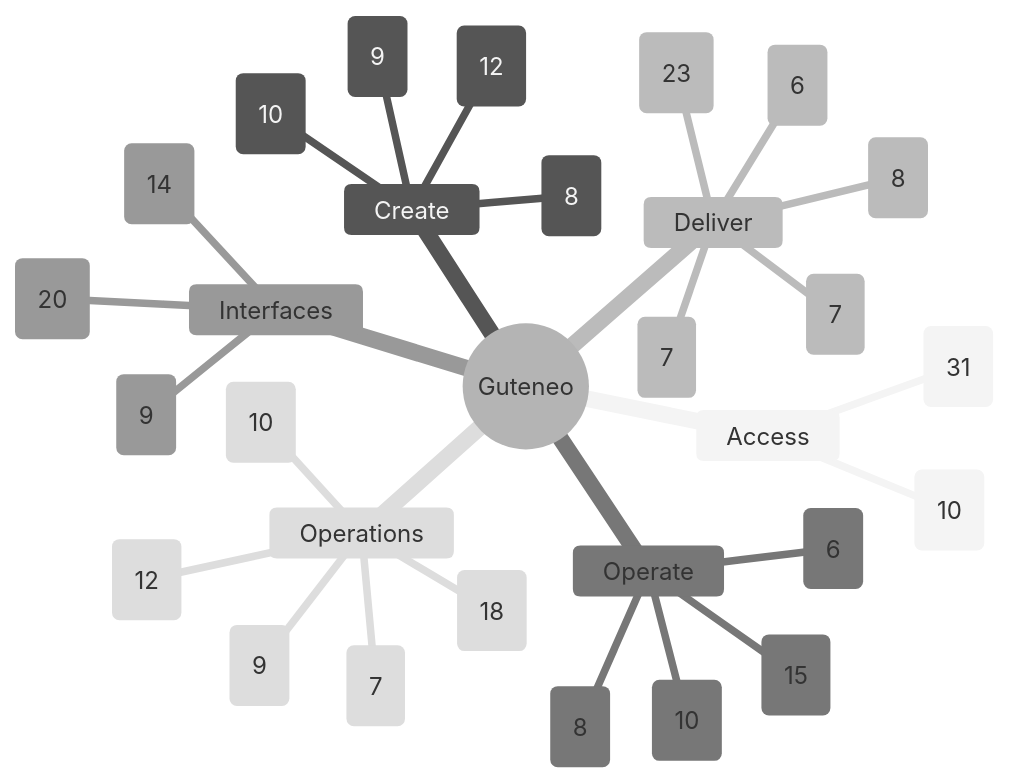
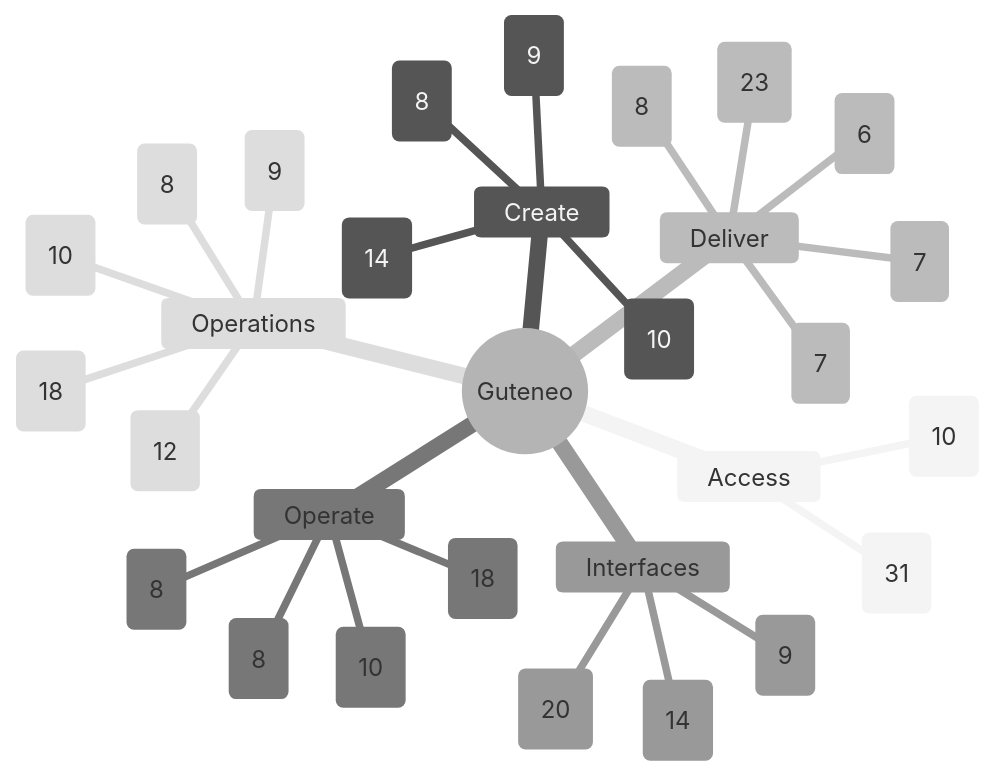
The diagram in docs/FEATURE_MAP.md (nclsppr/guteneo), drawn with Mermaid (neutral theme) before and after one commit. The commit also changed other lines of this file and 186 other files, not shown here.

Commit message:
Fix workspace UX and usage history with individual PDF verification

````diff
--- a/docs/FEATURE_MAP.md
+++ b/docs/FEATURE_MAP.md
@@ -13,33 +13,33 @@
 ```mermaid
 mindmap
   root((Guteneo))
     Access
       Access and identity (31)
       Team and responsibilities (10)
     Create
       Documents and protection (8)
-      Template studio (12)
+      Template studio (14)
       Data and mappings (9)
       PDF generation and distribution (10)
     Deliver
       Fax (6)
       Postal mail (8)
       Email and protected links (7)
       Sensitive distribution and personal documents (23)
       Dispatch dry run (7)
     Operate
       Campaigns and tracking (8)
-      Credits and billing (6)
-      Workspace appearance (15)
-      Horizon PDF diagnostics (10)
+      Credits and billing (8)
+      Workspace appearance (18)
+      PDF verification (10)
     Interfaces
       Assistants and API (20)
       iPhone and iPad (9)
       Public pages and languages (14)
     Operations
       Reviewer OAuth qualification (9)
       Operations and reliability (18)
-      Belvédère platform oversight (7)
+      Belvédère platform oversight (8)
       Public service status (12)
       Engineering documentation (10)
 ```
````
